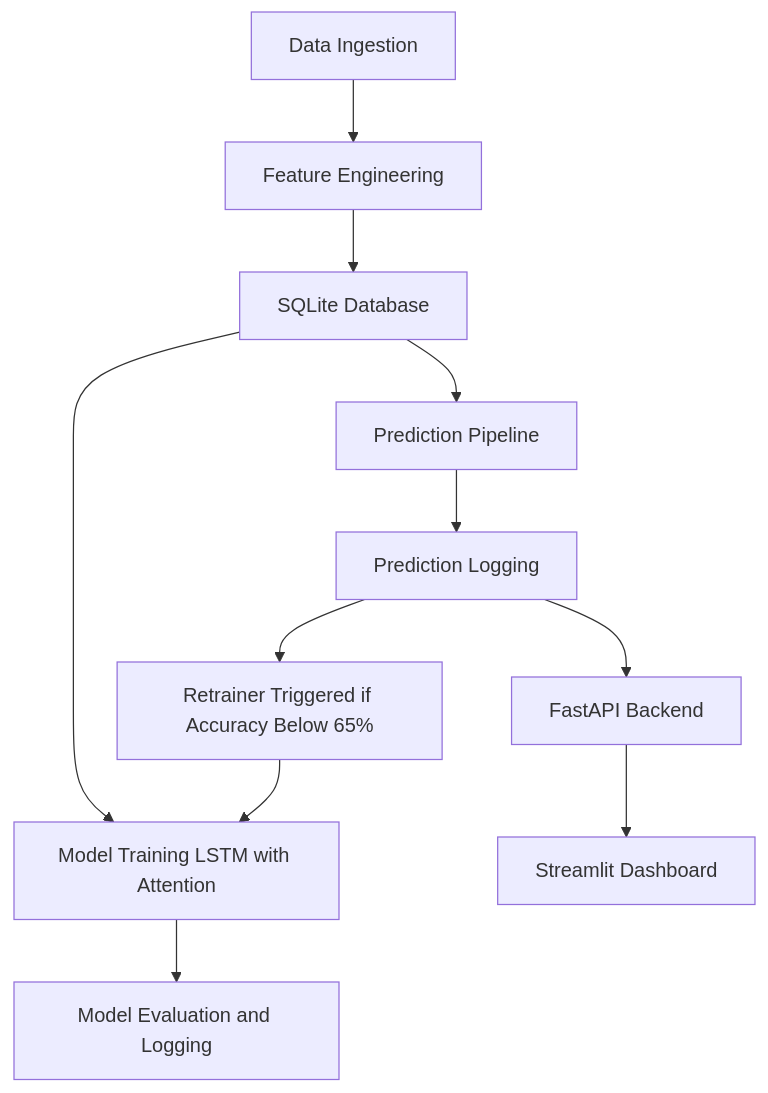
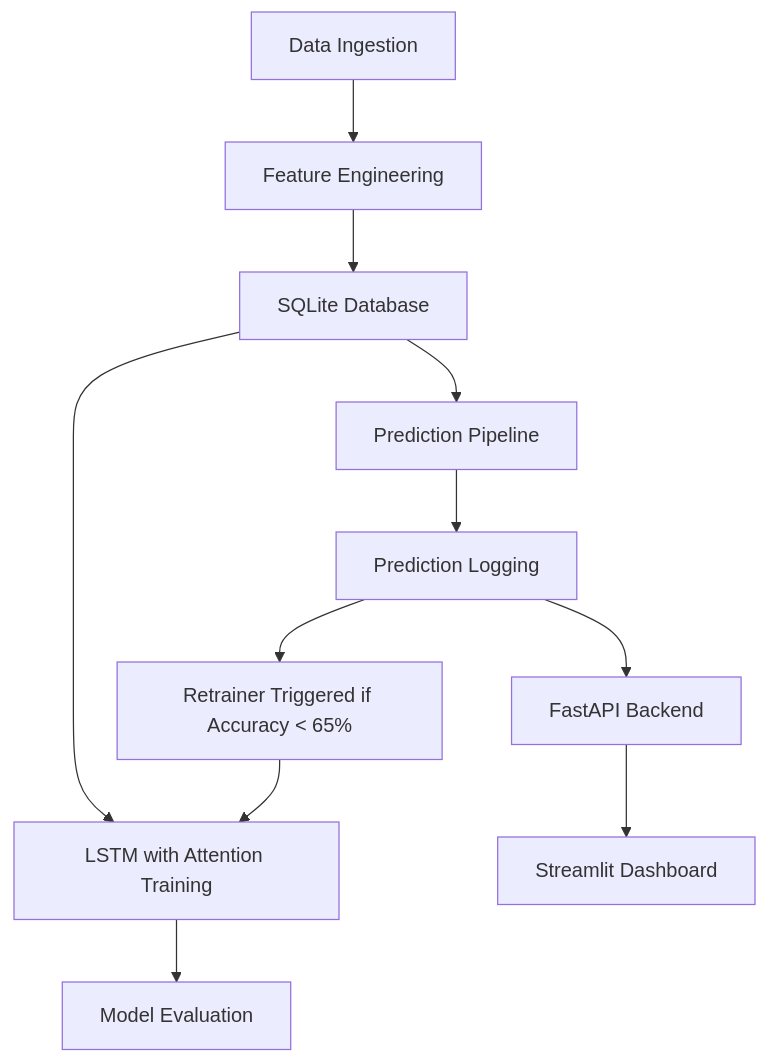
Before and after one commit to PD-BDS/CO2-Emission: the diagram in README.md, drawn with Mermaid.

````diff
--- a/README.md
+++ b/README.md
@@ -9,13 +9,13 @@
 ```mermaid
 graph TD
   A[Data Ingestion] --> B[Feature Engineering]
   B --> C[SQLite Database]
-  C --> D[Model Training LSTM with Attention]
-  D --> E[Model Evaluation and Logging]
+  C --> D[LSTM with Attention Training]
+  D --> E[Model Evaluation]
   C --> F[Prediction Pipeline]
   F --> G[Prediction Logging]
   G --> H[FastAPI Backend]
   H --> I[Streamlit Dashboard]
-  G --> J[Retrainer Triggered if Accuracy Below 65%]
+  G --> J[Retrainer Triggered if Accuracy < 65%]
   J --> D
 ```
````
